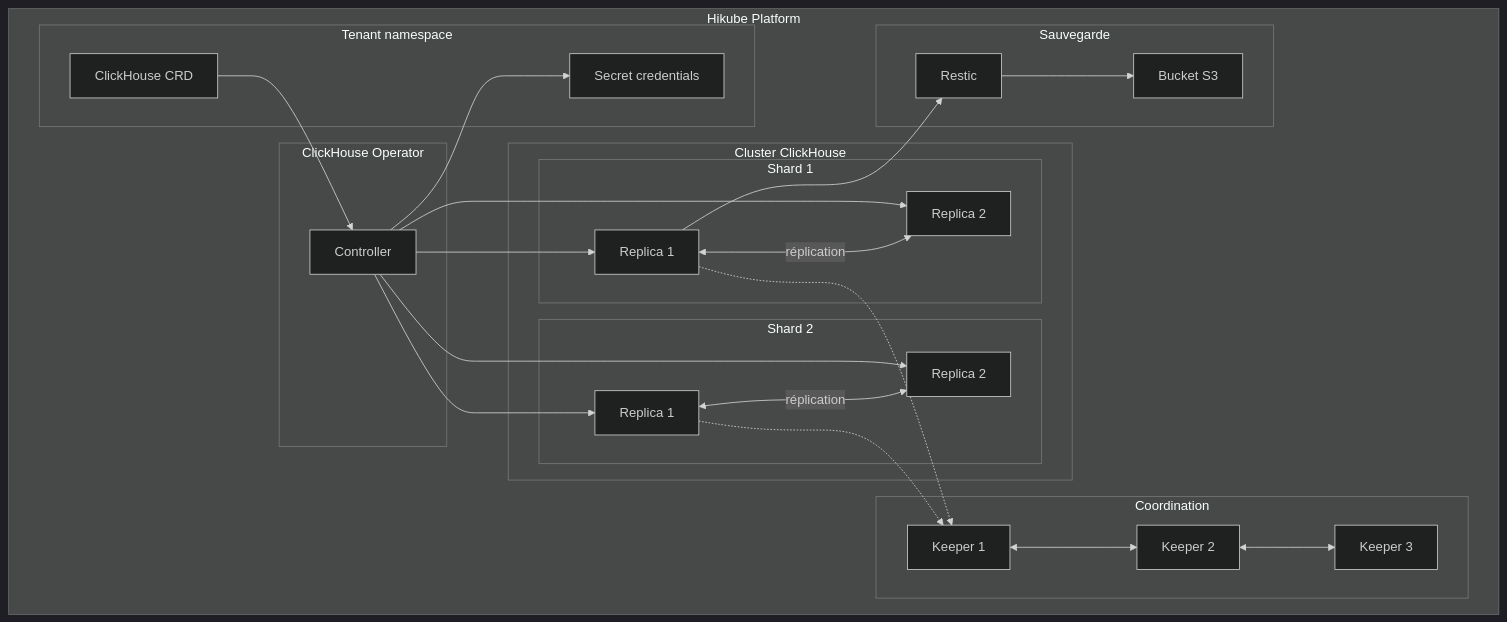
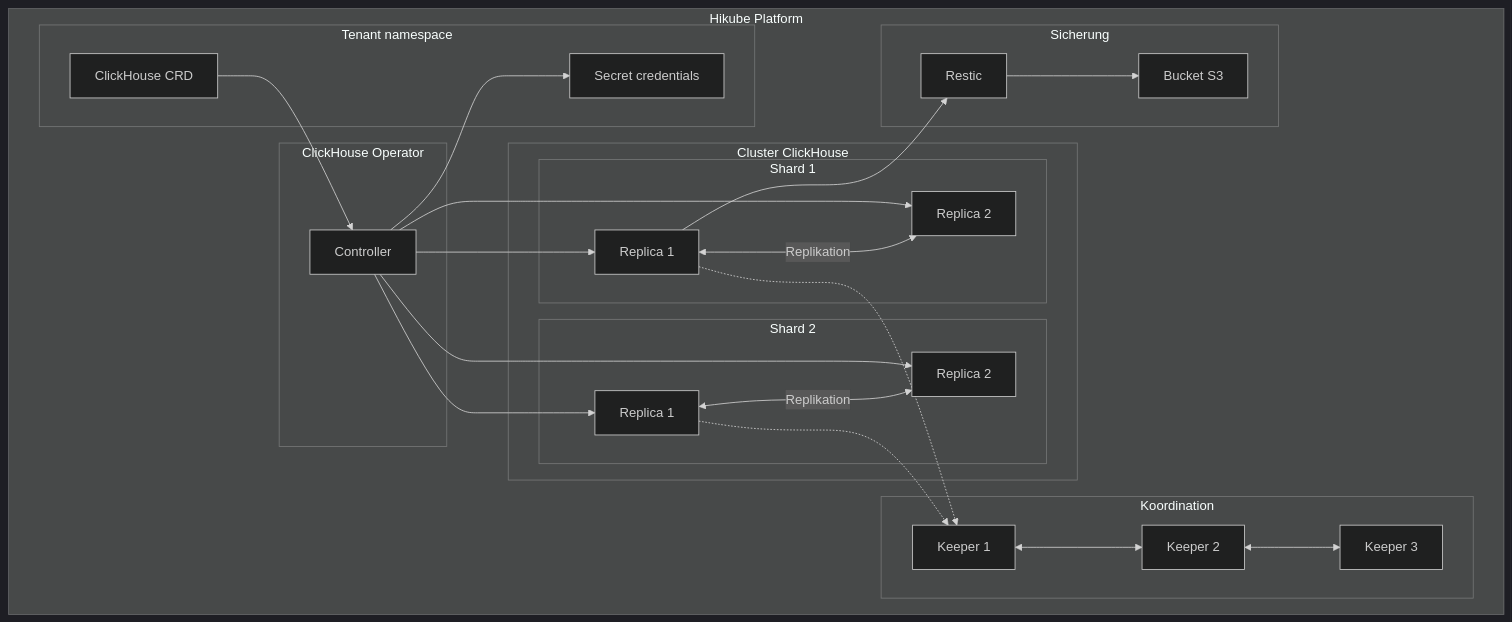
One commit to HidoraSwiss/hikube-public-doc changed the first of 2 diagrams in i18n/de/docusaurus-plugin-content-docs/current/services/databases/clickhouse/concepts.md. Above: the diagram before and after it, drawn with Mermaid (dark theme). The commit also changed other lines of this file and 121 other files, not shown here.

````diff
--- a/i18n/de/docusaurus-plugin-content-docs/current/services/databases/clickhouse/concepts.md
+++ b/i18n/de/docusaurus-plugin-content-docs/current/services/databases/clickhouse/concepts.md
@@ -12,50 +12,50 @@
 ```mermaid
 graph TB
     subgraph "Hikube Platform"
         subgraph "Tenant namespace"
             CR[ClickHouse CRD]
             SEC[Secret credentials]
         end
 
         subgraph "ClickHouse Operator"
             OP[Controller]
         end
 
         subgraph "Cluster ClickHouse"
             subgraph "Shard 1"
                 S1R1[Replica 1]
                 S1R2[Replica 2]
             end
             subgraph "Shard 2"
                 S2R1[Replica 1]
                 S2R2[Replica 2]
             end
         end
 
-        subgraph "Coordination"
+        subgraph "Koordination"
             K1[Keeper 1]
             K2[Keeper 2]
             K3[Keeper 3]
         end
 
-        subgraph "Sauvegarde"
+        subgraph "Sicherung"
             S3[Bucket S3]
             RES[Restic]
         end
     end
 
     CR --> OP
     OP --> S1R1
     OP --> S1R2
     OP --> S2R1
     OP --> S2R2
-    S1R1 <-->|réplication| S1R2
-    S2R1 <-->|réplication| S2R2
+    S1R1 <-->|Replikation| S1R2
+    S2R1 <-->|Replikation| S2R2
     K1 <--> K2
     K2 <--> K3
     S1R1 -.-> K1
     S2R1 -.-> K1
     OP --> SEC
     S1R1 --> RES
     RES --> S3
 ```
````
